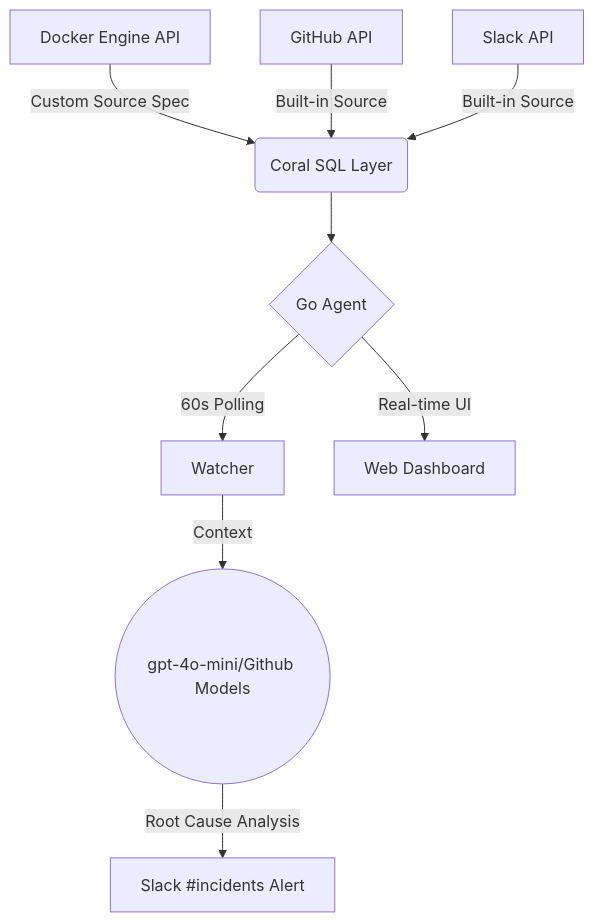
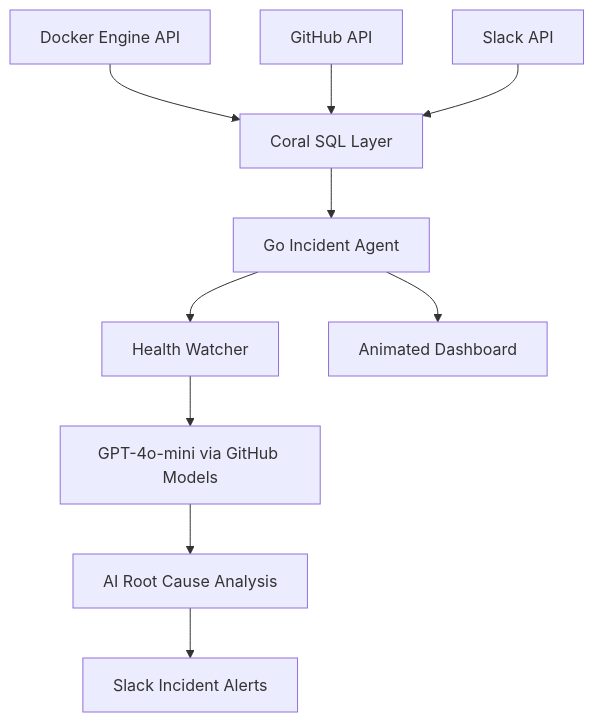
Before and after one commit to ghosthouse7/CORAL-WATCHDOG: the diagram in README.md, drawn with Mermaid. The commit also changed other lines of this file, not shown here.

````diff
--- a/README.md
+++ b/README.md
@@ -101,15 +132,18 @@
 ```mermaid
-graph TD;
-    A[Docker Engine API] -->|Custom Source Spec| D(Coral SQL Layer);
-    B[GitHub API] -->|Built-in Source| D;
-    C[Slack API] -->|Built-in Source| D;
-    
-    D --> E{Go Agent};
-    
-    E -->|60s Polling| F[Watcher];
-    E -->|Real-time UI| G[Web Dashboard];
-    
-    F -->|Context| H((gpt-4o-mini/Github Models));
-    H -->|Root Cause Analysis| I[Slack #incidents Alert];
+graph TD
 
+A[Docker Engine API] --> D[Coral SQL Layer]
+B[GitHub API] --> D
+C[Slack API] --> D
+
+D --> E[Go Incident Agent]
+
+E --> F[Health Watcher]
+E --> G[Animated Dashboard]
+
+F --> H[GPT-4o-mini via GitHub Models]
+
+H --> I[AI Root Cause Analysis]
+
+I --> J[Slack Incident Alerts]
 ```
````
